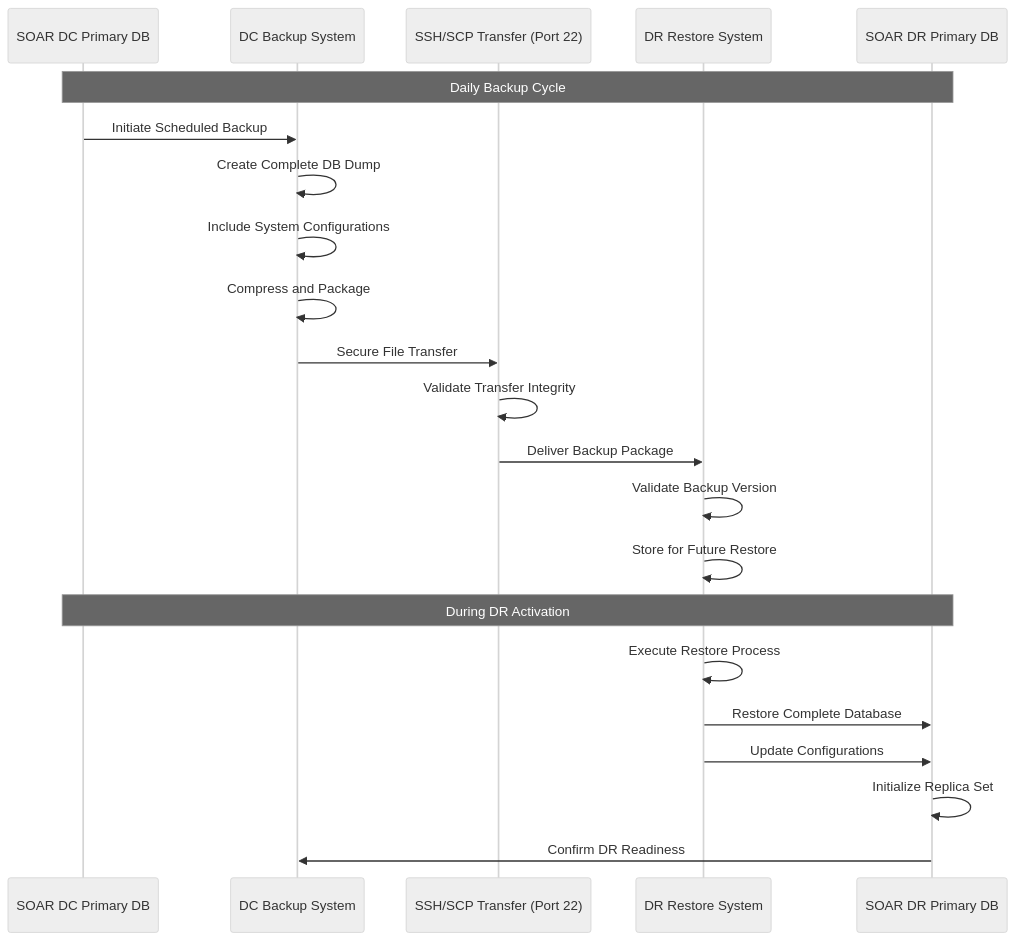
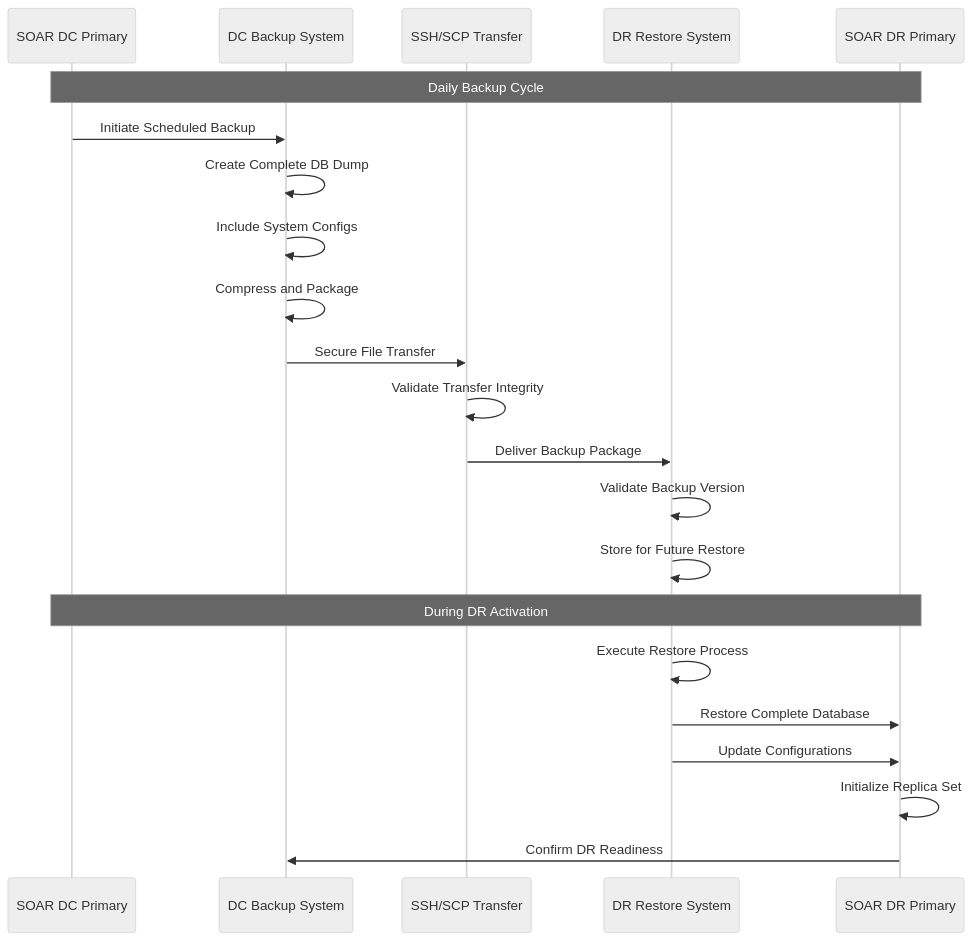
One commit to Vishwa0220/customers-docs changed the eighth of 8 diagrams in HA_DR_Architecture_Documentation.md. Above: the diagram before and after it, drawn with Mermaid (neutral theme). The commit also changed other lines of this file, not shown here.

````diff
--- a/HA_DR_Architecture_Documentation.md
+++ b/HA_DR_Architecture_Documentation.md
@@ -489,30 +512,30 @@
 ```mermaid
 sequenceDiagram
-    participant DC_PRIMARY as SOAR DC Primary DB
-    participant DC_BACKUP as DC Backup System
-    participant TRANSFER as SSH/SCP Transfer (Port 22)
-    participant DR_RESTORE as DR Restore System
-    participant DR_PRIMARY as SOAR DR Primary DB
+    participant DC as SOAR DC Primary
+    participant BACKUP as DC Backup System
+    participant TRANSFER as SSH/SCP Transfer
+    participant RESTORE as DR Restore System
+    participant DR as SOAR DR Primary
     
-    Note over DC_PRIMARY,DR_PRIMARY: Daily Backup Cycle
+    Note over DC,DR: Daily Backup Cycle
     
-    DC_PRIMARY->>DC_BACKUP: Initiate Scheduled Backup
-    DC_BACKUP->>DC_BACKUP: Create Complete DB Dump
-    DC_BACKUP->>DC_BACKUP: Include System Configurations
-    DC_BACKUP->>DC_BACKUP: Compress and Package
+    DC->>BACKUP: Initiate Scheduled Backup
+    BACKUP->>BACKUP: Create Complete DB Dump
+    BACKUP->>BACKUP: Include System Configs
+    BACKUP->>BACKUP: Compress and Package
     
-    DC_BACKUP->>TRANSFER: Secure File Transfer
+    BACKUP->>TRANSFER: Secure File Transfer
     TRANSFER->>TRANSFER: Validate Transfer Integrity
-    TRANSFER->>DR_RESTORE: Deliver Backup Package
+    TRANSFER->>RESTORE: Deliver Backup Package
     
-    DR_RESTORE->>DR_RESTORE: Validate Backup Version
-    DR_RESTORE->>DR_RESTORE: Store for Future Restore
+    RESTORE->>RESTORE: Validate Backup Version
+    RESTORE->>RESTORE: Store for Future Restore
     
-    Note over DC_PRIMARY,DR_PRIMARY: During DR Activation
+    Note over DC,DR: During DR Activation
     
-    DR_RESTORE->>DR_RESTORE: Execute Restore Process
-    DR_RESTORE->>DR_PRIMARY: Restore Complete Database
-    DR_RESTORE->>DR_PRIMARY: Update Configurations
-    DR_PRIMARY->>DR_PRIMARY: Initialize Replica Set
-    DR_PRIMARY->>DC_BACKUP: Confirm DR Readiness
+    RESTORE->>RESTORE: Execute Restore Process
+    RESTORE->>DR: Restore Complete Database
+    RESTORE->>DR: Update Configurations
+    DR->>DR: Initialize Replica Set
+    DR->>BACKUP: Confirm DR Readiness
 ```
````
